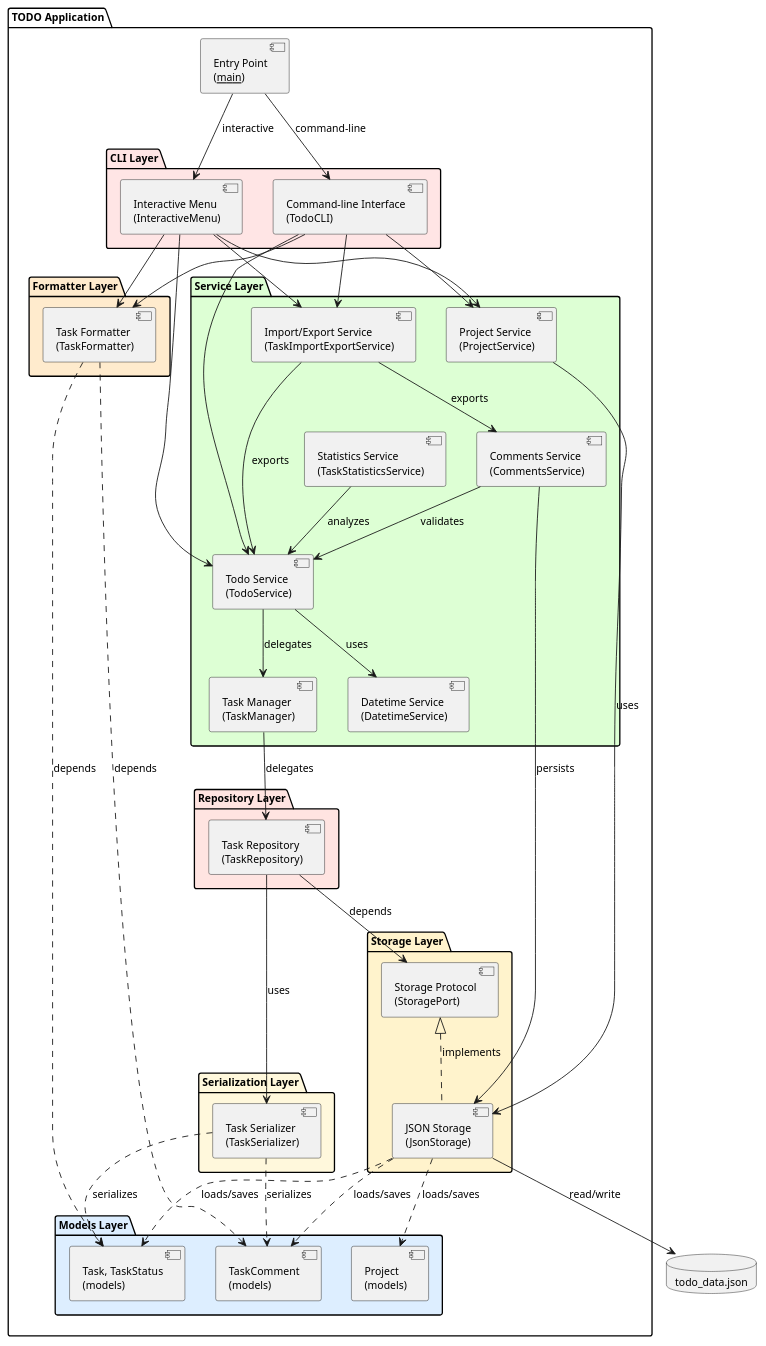
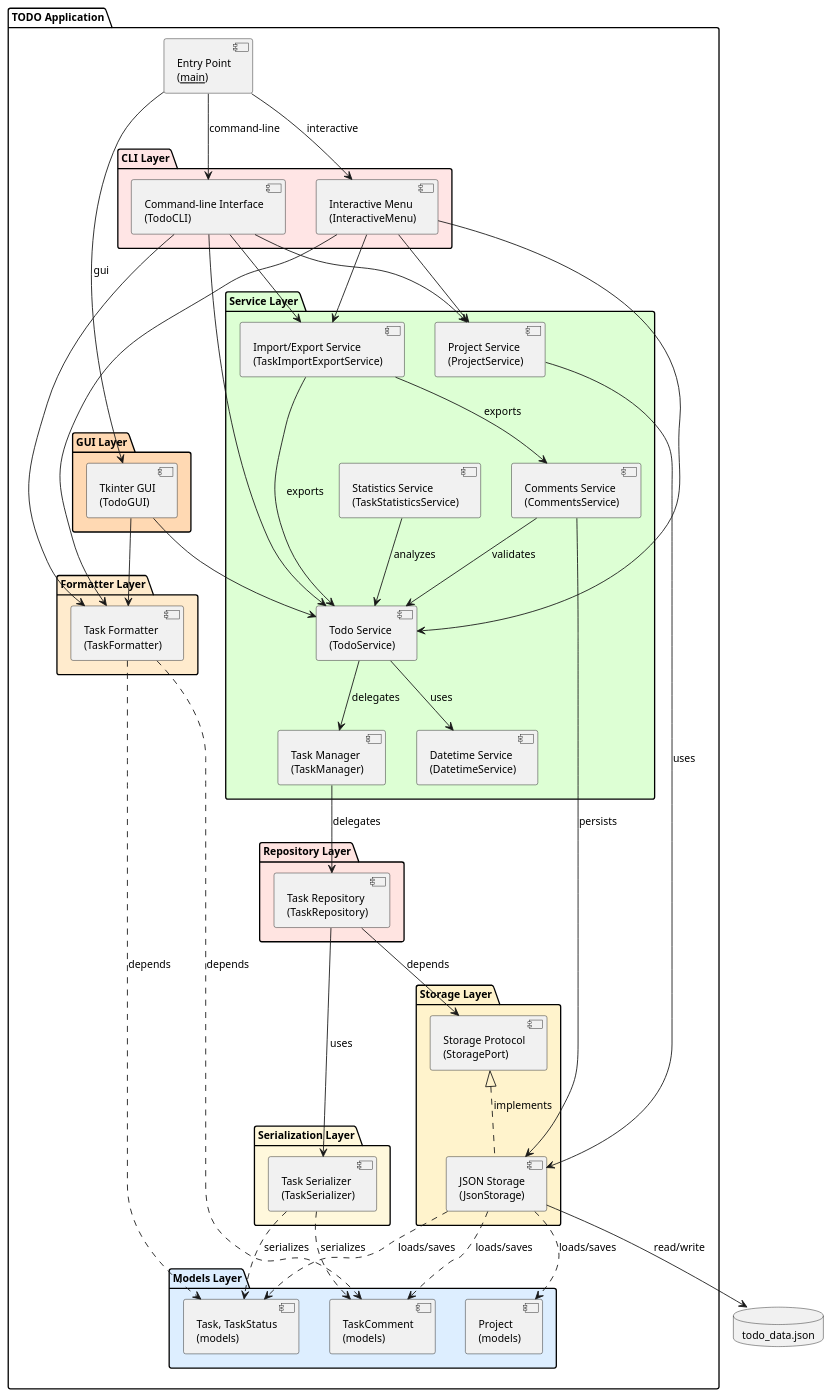
The diagram in experiments/pipeline/test_driven/TODO/artifacts/component_diagram.puml (DanielRiha8906/Software_autoevolution_using_agents), drawn with PlantUML before and after one commit. The commit also changed 8 other files, not shown here.

First line of the commit message:
task 10 | pipeline / test_driven / TODO - Implement TodoGUI with tkinter

```diff
--- a/experiments/pipeline/test_driven/TODO/artifacts/component_diagram.puml
+++ b/experiments/pipeline/test_driven/TODO/artifacts/component_diagram.puml
@@ -1,92 +1,99 @@
 @startuml component_diagram
 
 skinparam componentStyle uml2
 skinparam defaultFontSize 12
 
 top to bottom direction
 
 package "TODO Application" {
 
     component "Entry Point\n(__main__)" as Main
+
+    package "GUI Layer" #FFD9B3 {
+        component "Tkinter GUI\n(TodoGUI)" as GUI
+    }
 
     package "CLI Layer" #FFE5E5 {
         component "Interactive Menu\n(InteractiveMenu)" as IM
         component "Command-line Interface\n(TodoCLI)" as CLI
     }
 
     package "Formatter Layer" #FFEBCD {
         component "Task Formatter\n(TaskFormatter)" as TF
     }
 
     package "Service Layer" #DDFFD4 {
         component "Todo Service\n(TodoService)" as SVC
         component "Task Manager\n(TaskManager)" as MGR
         component "Project Service\n(ProjectService)" as PSVC
         component "Comments Service\n(CommentsService)" as CSVC
         component "Statistics Service\n(TaskStatisticsService)" as STATS
         component "Import/Export Service\n(TaskImportExportService)" as IESVC
         component "Datetime Service\n(DatetimeService)" as DTS
     }
 
     package "Repository Layer" #FFE4E1 {
         component "Task Repository\n(TaskRepository)" as REPO
     }
 
     package "Serialization Layer" #FFF8DC {
         component "Task Serializer\n(TaskSerializer)" as SER
     }
 
     package "Storage Layer" #FFF3CC {
         component "Storage Protocol\n(StoragePort)" as SP
         component "JSON Storage\n(JsonStorage)" as Storage
     }
 
     package "Models Layer" #DDEEFF {
         component "Task, TaskStatus\n(models)" as Model
         component "Project\n(models)" as PModel
         component "TaskComment\n(models)" as CModel
     }
 }
 
 database "todo_data.json" as DB
 
+Main --> GUI : gui
 Main --> IM : interactive
 Main --> CLI : command-line
 
+GUI --> SVC
+GUI --> TF
 IM --> SVC
 IM --> PSVC
 IM --> IESVC
 IM --> TF
 CLI --> SVC
 CLI --> PSVC
 CLI --> IESVC
 CLI --> TF
 
 TF ..> Model : depends
 TF ..> CModel : depends
 
 SVC --> MGR : delegates
 SVC --> DTS : uses
 PSVC --> Storage : uses
 CSVC --> SVC : validates
 CSVC --> Storage : persists
 STATS --> SVC : analyzes
 
 IESVC --> SVC : exports
 IESVC --> CSVC : exports
 
 MGR --> REPO : delegates
 REPO --> SER : uses
 REPO --> SP : depends
 
 SER ..> Model : serializes
 SER ..> CModel : serializes
 
 SP <|.. Storage : implements
 Storage --> DB : read/write
 
 Storage ..> Model : loads/saves
 Storage ..> PModel : loads/saves
 Storage ..> CModel : loads/saves
 
 @enduml
```
